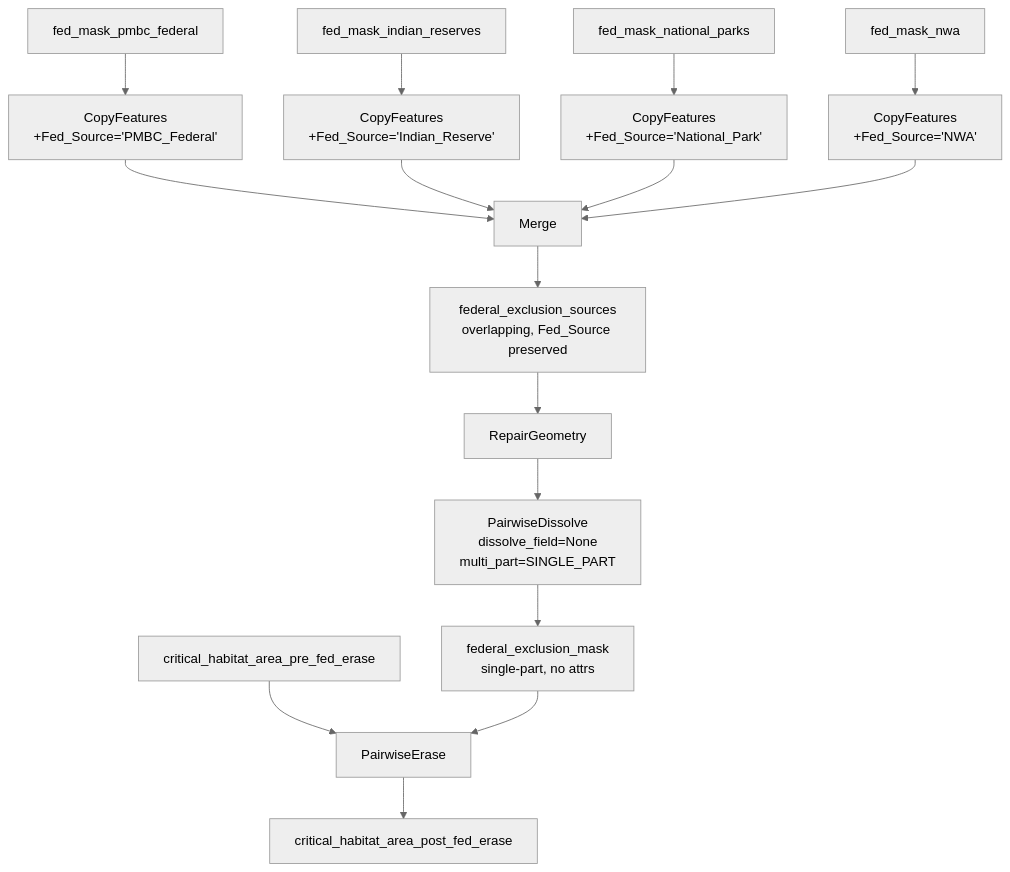
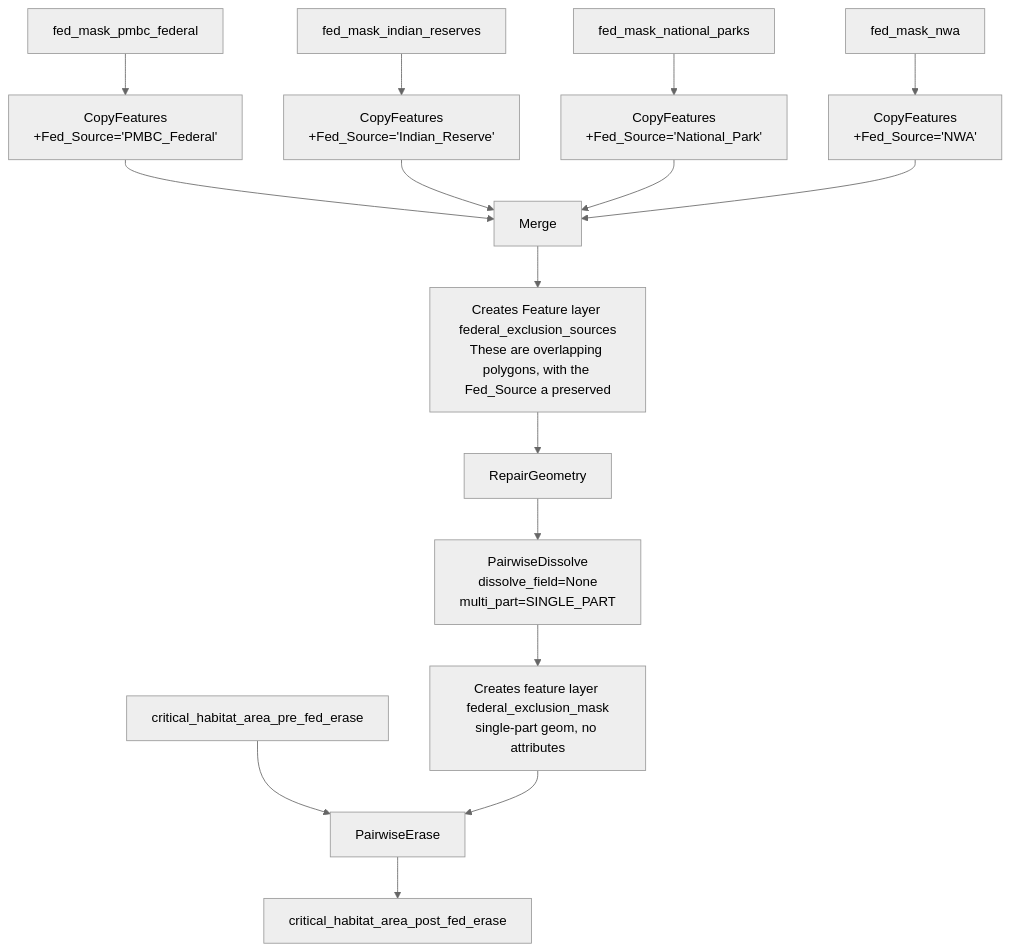
The diagram in supporting_documents/README.md (cjsostad/designatedlands_main), drawn with Mermaid (neutral theme) before and after one commit. The commit also changed 5 other files, not shown here.

````diff
--- a/supporting_documents/README.md
+++ b/supporting_documents/README.md
@@ -818,18 +818,18 @@
 ```mermaid
 flowchart TD
     A1[fed_mask_pmbc_federal] --> B1[CopyFeatures<br/>+Fed_Source='PMBC_Federal']
     A2[fed_mask_indian_reserves] --> B2[CopyFeatures<br/>+Fed_Source='Indian_Reserve']
     A3[fed_mask_national_parks] --> B3[CopyFeatures<br/>+Fed_Source='National_Park']
     A4[fed_mask_nwa] --> B4[CopyFeatures<br/>+Fed_Source='NWA']
     B1 --> C[Merge]
     B2 --> C
     B3 --> C
     B4 --> C
-    C --> D[federal_exclusion_sources<br/>overlapping, Fed_Source preserved]
+    C --> D[Creates Feature layer federal_exclusion_sources<br/>These are overlapping polygons, with the Fed_Source a preserved]
     D --> E[RepairGeometry]
     E --> F[PairwiseDissolve<br/>dissolve_field=None<br/>multi_part=SINGLE_PART]
-    F --> G[federal_exclusion_mask<br/>single-part, no attrs]
+    F --> G[Creates feature layer federal_exclusion_mask<br/>single-part geom, no attributes]
     H[critical_habitat_area_pre_fed_erase] --> I[PairwiseErase]
     G --> I
     I --> J[critical_habitat_area_post_fed_erase]
 ```
````
